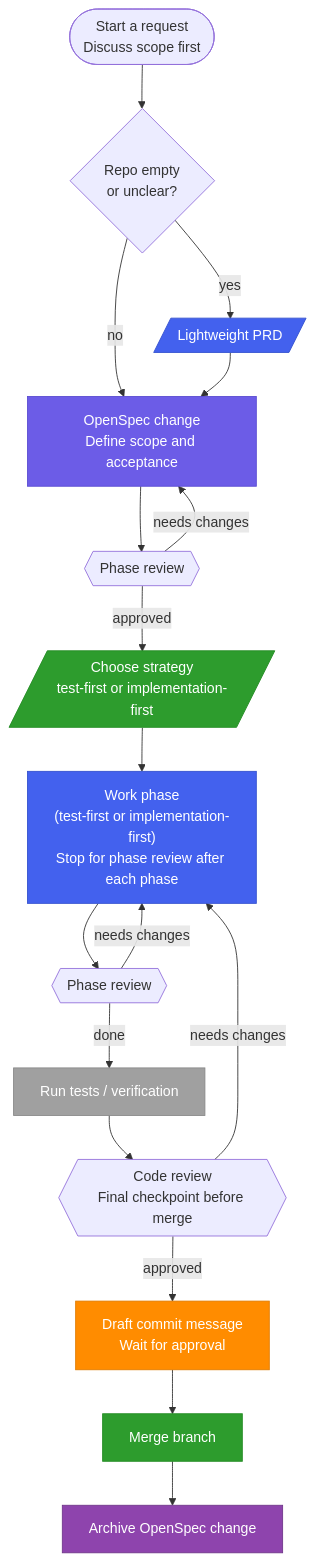
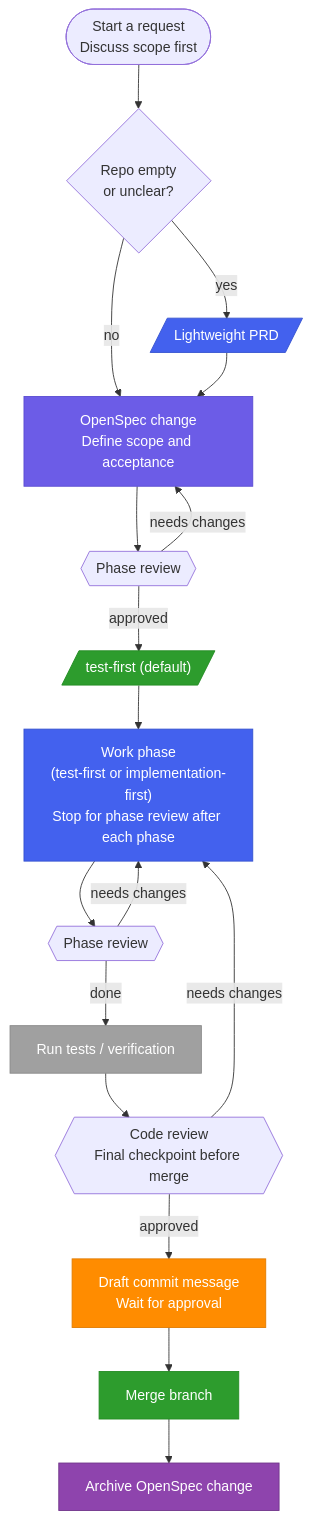
One commit to Ray-suen/spec-review-workflow changed the diagram in README.md. Above: the diagram before and after it, drawn with Mermaid.

Commit message:
docs(readme): simplify strategy node label in flowchart

````diff
--- a/README.md
+++ b/README.md
@@ -10,39 +10,39 @@
 ```mermaid
 flowchart TD
     START([Start a request<br>Discuss scope first]) --> NEED_PRD{Repo empty<br>or unclear?}
 
     NEED_PRD -->|yes| PRD
     NEED_PRD -->|no| SPEC
 
     PRD[/"Lightweight PRD"/] --> SPEC
     SPEC["OpenSpec change<br>Define scope and acceptance"] --> REVIEW1
 
     REVIEW1{{"Phase review"}}
     REVIEW1 -->|approved| STRATEGY
     REVIEW1 -->|needs changes| SPEC
 
-    STRATEGY[/"Choose strategy<br>test-first or implementation-first"/] --> WORK
+    STRATEGY[/"test-first (default)"/] --> WORK
     WORK["Work phase<br>(test-first or implementation-first)<br>Stop for phase review after each phase"] --> REVIEW2
 
     REVIEW2{{"Phase review"}}
     REVIEW2 -->|done| VERIFY
     REVIEW2 -->|needs changes| WORK
 
     VERIFY["Run tests / verification"] --> CODE_REVIEW
 
     CODE_REVIEW{{"Code review<br>Final checkpoint before merge"}}
     CODE_REVIEW -->|approved| COMMIT
     CODE_REVIEW -->|needs changes| WORK
 
     COMMIT["Draft commit message<br>Wait for approval"] --> MERGE["Merge branch"]
     MERGE --> ARCHIVE["Archive OpenSpec change"]
 
     style PRD fill:#4361ee,stroke:#3451ce,color:#fff
     style SPEC fill:#6c5ce7,stroke:#5a4bd1,color:#fff
     style STRATEGY fill:#2d9c2d,stroke:#228B22,color:#fff
     style WORK fill:#4361ee,stroke:#3451ce,color:#fff
     style VERIFY fill:#a0a0a0,stroke:#888,color:#fff
     style COMMIT fill:#ff8c00,stroke:#e07b00,color:#fff
     style MERGE fill:#2d9c2d,stroke:#228B22,color:#fff
     style ARCHIVE fill:#8e44ad,stroke:#70368a,color:#fff
 ```
````
